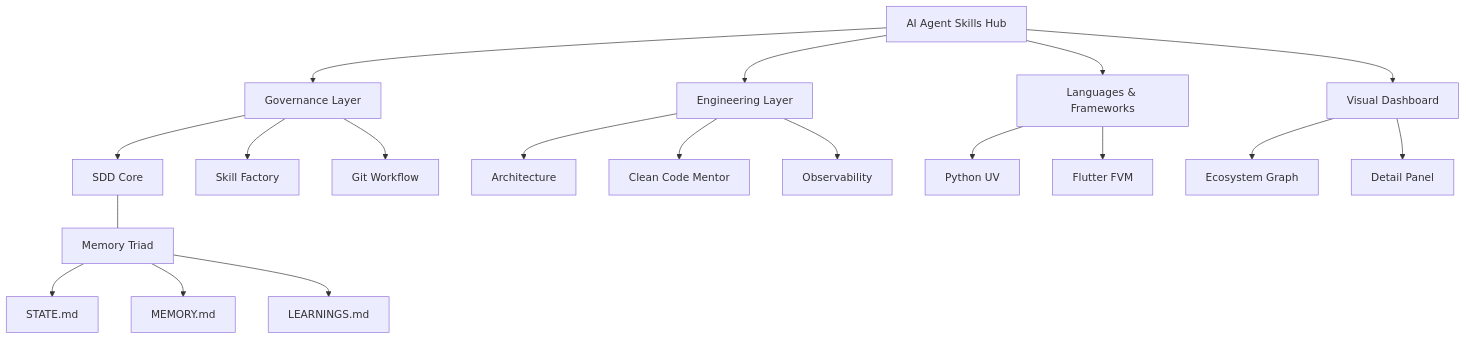
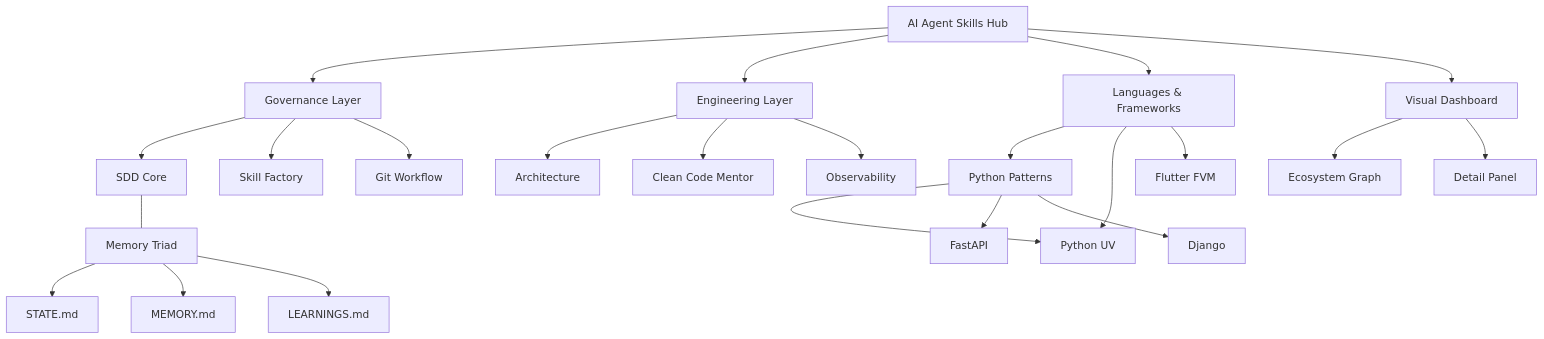
One commit to KlebersonCollab/skills changed the diagram in README.md. Above: the diagram before and after it, drawn with Mermaid. The commit also changed other lines of this file and 17 other files, not shown here.

Commit message:
feat: integrate python-patterns skill and centralize mandate governance through automated sync workflows

````diff
--- a/README.md
+++ b/README.md
@@ -83,26 +84,31 @@
 ```mermaid
 graph TD
     Hub[AI Agent Skills Hub] --> Governance[Governance Layer]
     Hub --> Engineering[Engineering Layer]
     Hub --> Lang[Languages & Frameworks]
     Hub --> UI[Visual Dashboard]
     
     Governance --> SDD[SDD Core]
     Governance --> SF[Skill Factory]
     Governance --> GW[Git Workflow]
     
     Engineering --> Arch[Architecture]
     Engineering --> CCM[Clean Code Mentor]
     Engineering --> OBS[Observability]
     
+    Lang --> Patterns[Python Patterns]
     Lang --> UV[Python UV]
     Lang --> Flutter[Flutter FVM]
+    
+    Patterns --> UV
+    Patterns --> FastAPI
+    Patterns --> Django
     
     UI --> Graph[Ecosystem Graph]
     UI --> Detail[Detail Panel]
     
     SDD --- Triad[Memory Triad]
     Triad --> State[STATE.md]
     Triad --> Memory[MEMORY.md]
     Triad --> Learn[LEARNINGS.md]
 ```
````
